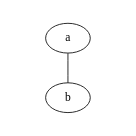
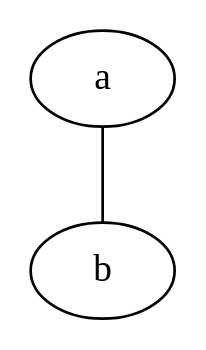
The first of 2 diagrams in aima.org (klutometis/aima), drawn with Graphviz before and after one commit. The commit also changed other lines of this file, not shown here.

Commit message:
The game graph

```diff
--- a/aima.org
+++ b/aima.org
@@ -1178,7 +1180,7 @@
    #+BEGIN_SRC dot :file img/3-3c.pdf
      digraph G {
-       graph [size="0.5,0.5!", ratio=fill]
+       // graph [size="0.5,0.5!", ratio=fill]
        edge [dir=none]
        a -> b
      }
    #+END_SRC
```
